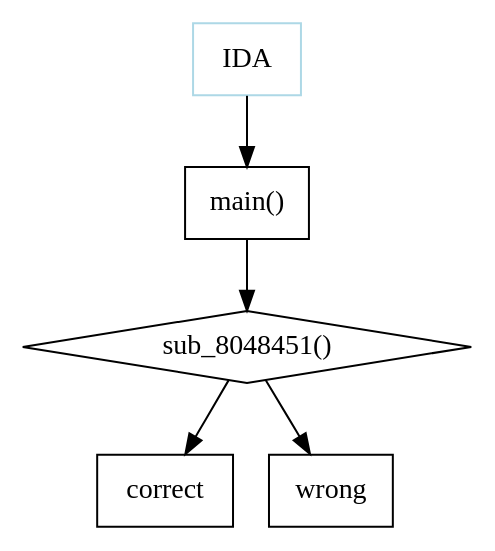
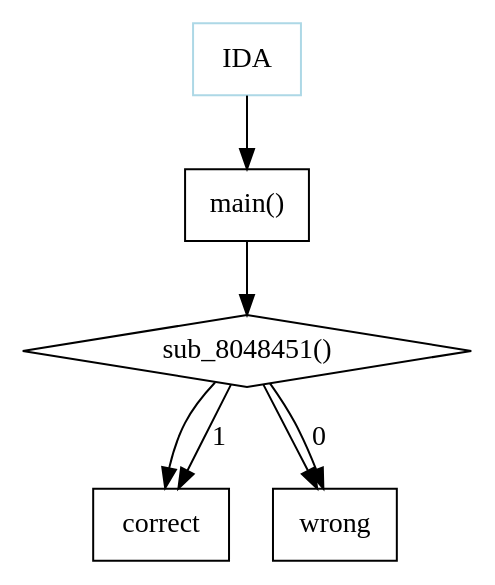
The diagram in docs/reversing/[reversing] easy elf.rst (joizel/ctf_writeup), drawn with Graphviz before and after one commit. The commit also changed 15 other files, not shown here.

First line of the commit message:
update graphviz

```diff
--- a/docs/reversing/[reversing] easy elf.rst
+++ b/docs/reversing/[reversing] easy elf.rst
@@ -8,12 +8,14 @@
 .. graphviz::
 
     digraph foo {
         a -> b -> c -> d;
         c -> e;
         
         a [shape=box, color=lightblue, label="IDA"];
         b [shape=box, label="main()"];
         c [shape=diamond, label="sub_8048451()"];
         d [shape=box, label="correct"];
         e [shape=box, label="wrong"];
+        c->d [label="1",arrowhead="normal"];
+        c->e [label="0",arrowhead="normal"];
     }
```
